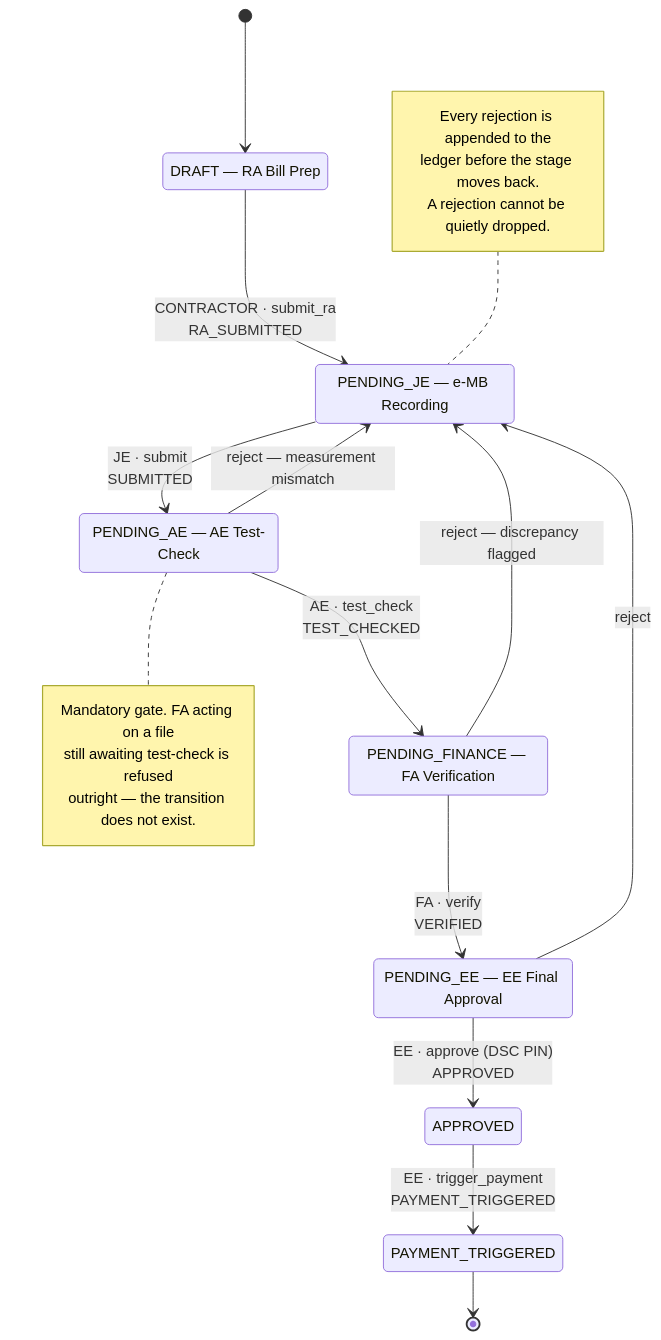
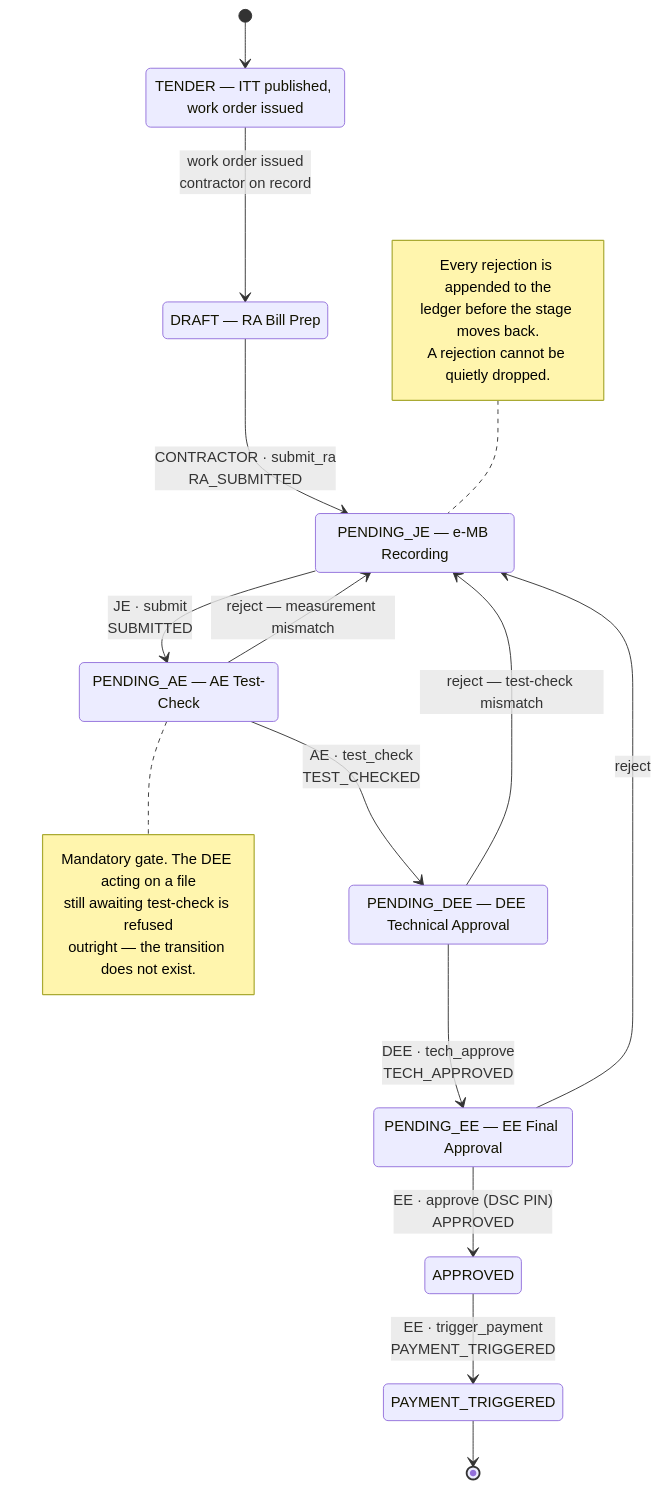
Before and after one commit to yagsu123/Construction_workflow-management: the second of 8 diagrams in docs/diagrams.md, drawn with Mermaid. The commit also changed other lines of this file and 40 other files, not shown here.

Commit message:
Replace Finance role with DEE, add tender initiation, fix ledger payload projection

````diff
--- a/docs/diagrams.md
+++ b/docs/diagrams.md
@@ -15,39 +77,41 @@
 ```mermaid
 stateDiagram-v2
     direction TB
 
-    [*] --> DRAFT
+    [*] --> TENDER_INITIATED
 
+    TENDER_INITIATED: TENDER — ITT published, work order issued
     DRAFT: DRAFT — RA Bill Prep
     PENDING_JE: PENDING_JE — e-MB Recording
     PENDING_AE: PENDING_AE — AE Test-Check
-    PENDING_FINANCE: PENDING_FINANCE — FA Verification
+    PENDING_DEE: PENDING_DEE — DEE Technical Approval
     PENDING_EE: PENDING_EE — EE Final Approval
     APPROVED: APPROVED
     PAYMENT_TRIGGERED: PAYMENT_TRIGGERED
 
+    TENDER_INITIATED --> DRAFT: work order issued<br/>contractor on record
     DRAFT --> PENDING_JE: CONTRACTOR · submit_ra<br/>RA_SUBMITTED
     PENDING_JE --> PENDING_AE: JE · submit<br/>SUBMITTED
-    PENDING_AE --> PENDING_FINANCE: AE · test_check<br/>TEST_CHECKED
-    PENDING_FINANCE --> PENDING_EE: FA · verify<br/>VERIFIED
+    PENDING_AE --> PENDING_DEE: AE · test_check<br/>TEST_CHECKED
+    PENDING_DEE --> PENDING_EE: DEE · tech_approve<br/>TECH_APPROVED
     PENDING_EE --> APPROVED: EE · approve (DSC PIN)<br/>APPROVED
     APPROVED --> PAYMENT_TRIGGERED: EE · trigger_payment<br/>PAYMENT_TRIGGERED
 
     PENDING_AE --> PENDING_JE: reject — measurement mismatch
-    PENDING_FINANCE --> PENDING_JE: reject — discrepancy flagged
+    PENDING_DEE --> PENDING_JE: reject — test-check mismatch
     PENDING_EE --> PENDING_JE: reject
 
     PAYMENT_TRIGGERED --> [*]
 
     note right of PENDING_AE
-        Mandatory gate. FA acting on a file
+        Mandatory gate. The DEE acting on a file
         still awaiting test-check is refused
         outright — the transition does not exist.
     end note
 
     note left of PENDING_JE
         Every rejection is appended to the
         ledger before the stage moves back.
         A rejection cannot be quietly dropped.
     end note
 ```
````
